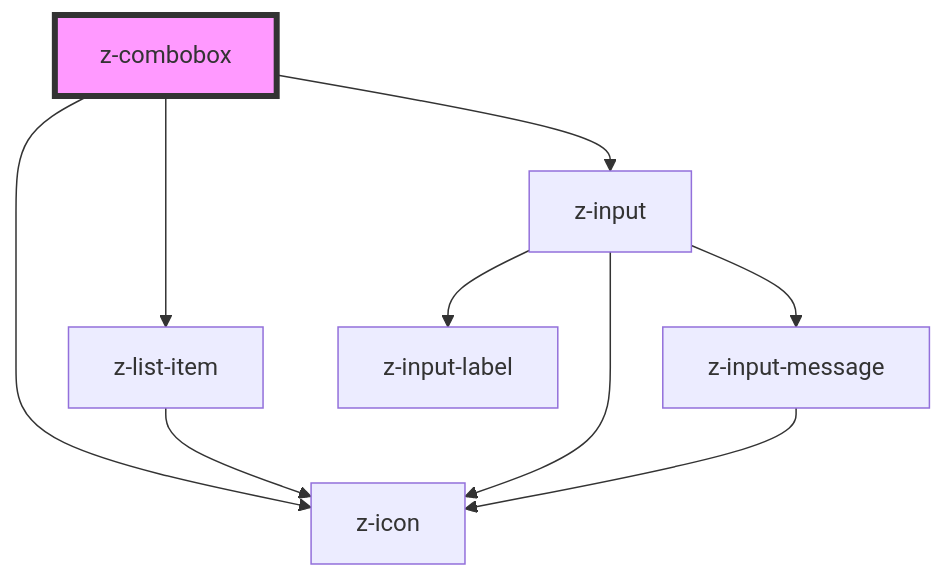
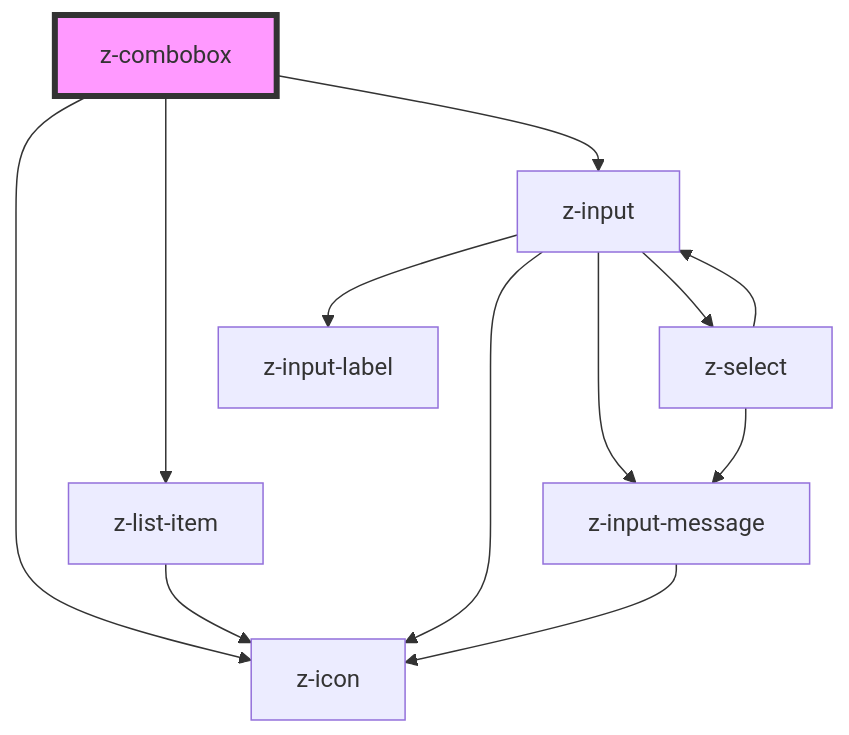
The diagram in src/components/inputs/z-combobox/readme.md (ZanichelliEditore/design-system), drawn with Mermaid before and after one commit. The commit also changed 7 other files, not shown here.

Commit message:
feat: integrate z-select in z-input

````diff
--- a/src/components/inputs/z-combobox/readme.md
+++ b/src/components/inputs/z-combobox/readme.md
@@ -68,12 +68,15 @@
 ```mermaid
 graph TD;
   z-combobox --> z-icon
   z-combobox --> z-list-item
   z-combobox --> z-input
   z-list-item --> z-icon
   z-input --> z-input-label
   z-input --> z-icon
   z-input --> z-input-message
+  z-input --> z-select
   z-input-message --> z-icon
+  z-select --> z-input
+  z-select --> z-input-message
   style z-combobox fill:#f9f,stroke:#333,stroke-width:4px
 ```
````
